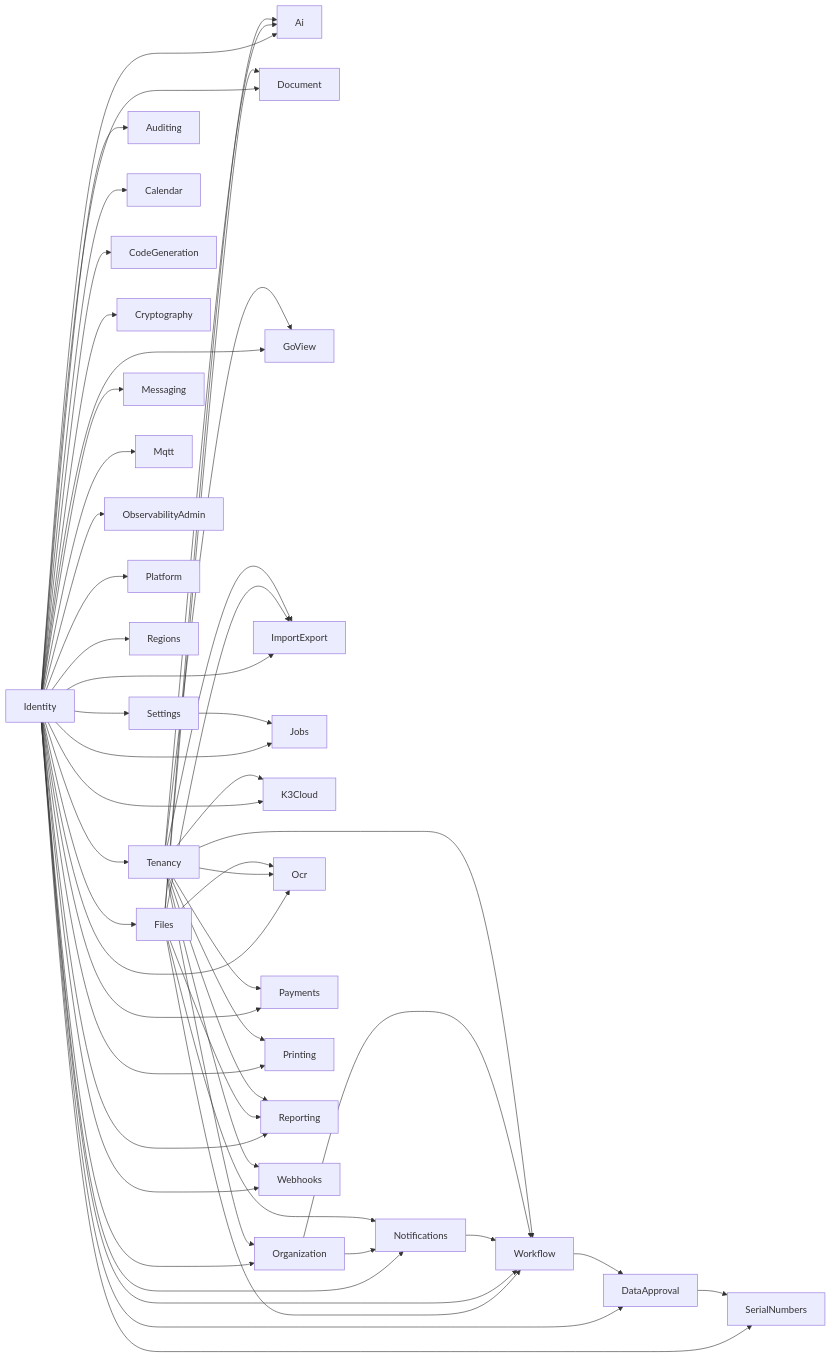
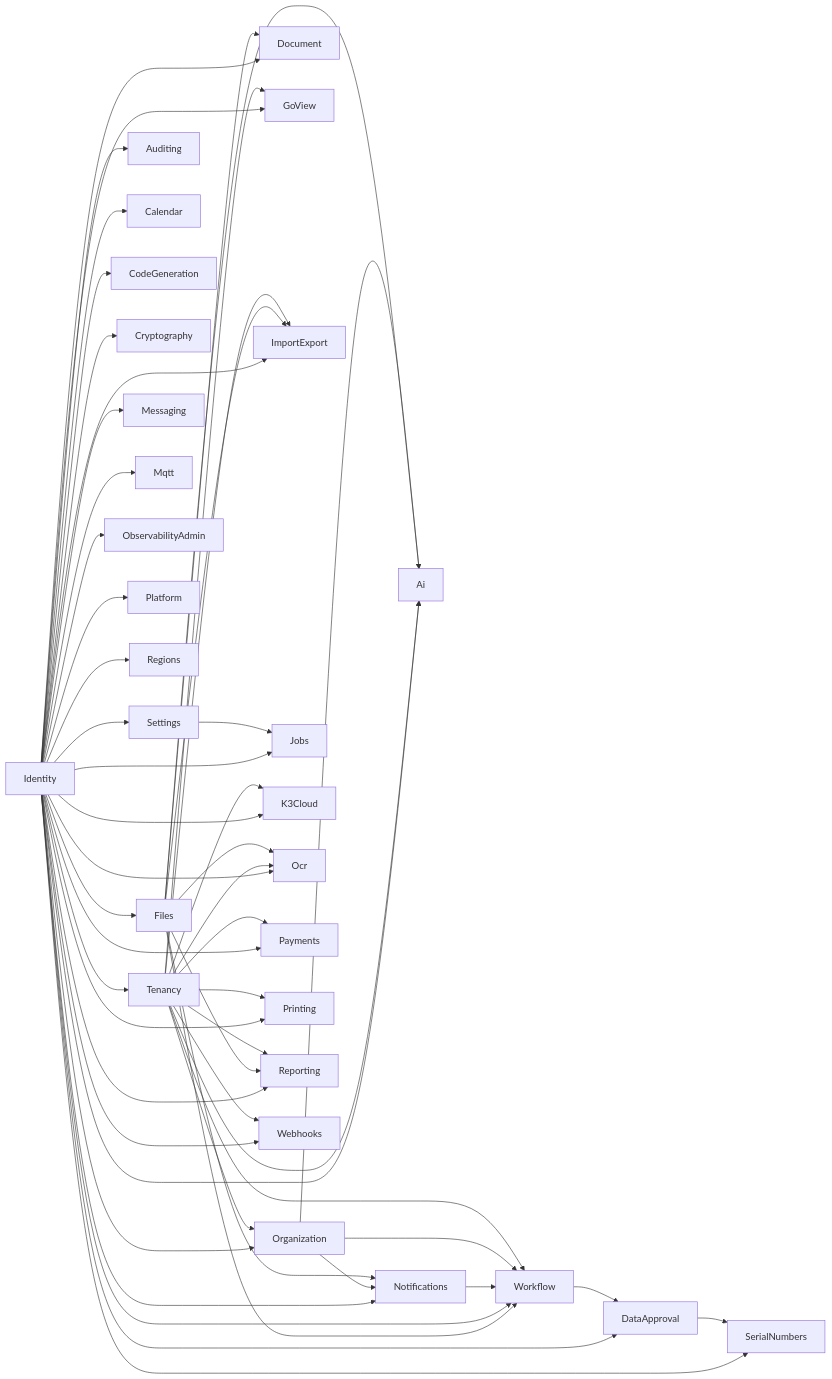
Before and after one commit to yan041108/Full.NET: the diagram in docs/operations/module-dependency-graph.mmd, drawn with Mermaid. The commit also changed 25 other files, not shown here.

```diff
--- a/docs/operations/module-dependency-graph.mmd
+++ b/docs/operations/module-dependency-graph.mmd
@@ -1,55 +1,56 @@
 %% 自动生成：pnpm run generate:module-dependency-graph
 %% 源：src/Modules/*Module.cs IFullNetModule.Dependencies
 flowchart LR
   Identity --> Ai
   Tenancy --> Ai
   Files --> Ai
+  Organization --> Ai
   Identity --> Auditing
   Identity --> Calendar
   Identity --> CodeGeneration
   Identity --> Cryptography
   Identity --> DataApproval
   Workflow --> DataApproval
   Identity --> Document
   Files --> Document
   Identity --> Files
   Identity --> GoView
   Tenancy --> GoView
   Identity --> ImportExport
   Files --> ImportExport
   Tenancy --> ImportExport
   Identity --> Jobs
   Settings --> Jobs
   Identity --> K3Cloud
   Tenancy --> K3Cloud
   Identity --> Messaging
   Identity --> Mqtt
   Identity --> Notifications
   Organization --> Notifications
   Files --> Notifications
   Identity --> ObservabilityAdmin
   Identity --> Ocr
   Tenancy --> Ocr
   Files --> Ocr
   Identity --> Organization
   Tenancy --> Organization
   Identity --> Payments
   Tenancy --> Payments
   Identity --> Platform
   Identity --> Printing
   Tenancy --> Printing
   Identity --> Regions
   Identity --> Reporting
   Files --> Reporting
   Tenancy --> Reporting
   Identity --> SerialNumbers
   DataApproval --> SerialNumbers
   Identity --> Settings
   Identity --> Tenancy
   Identity --> Webhooks
   Tenancy --> Webhooks
   Files --> Workflow
   Identity --> Workflow
   Notifications --> Workflow
   Organization --> Workflow
   Tenancy --> Workflow
```
